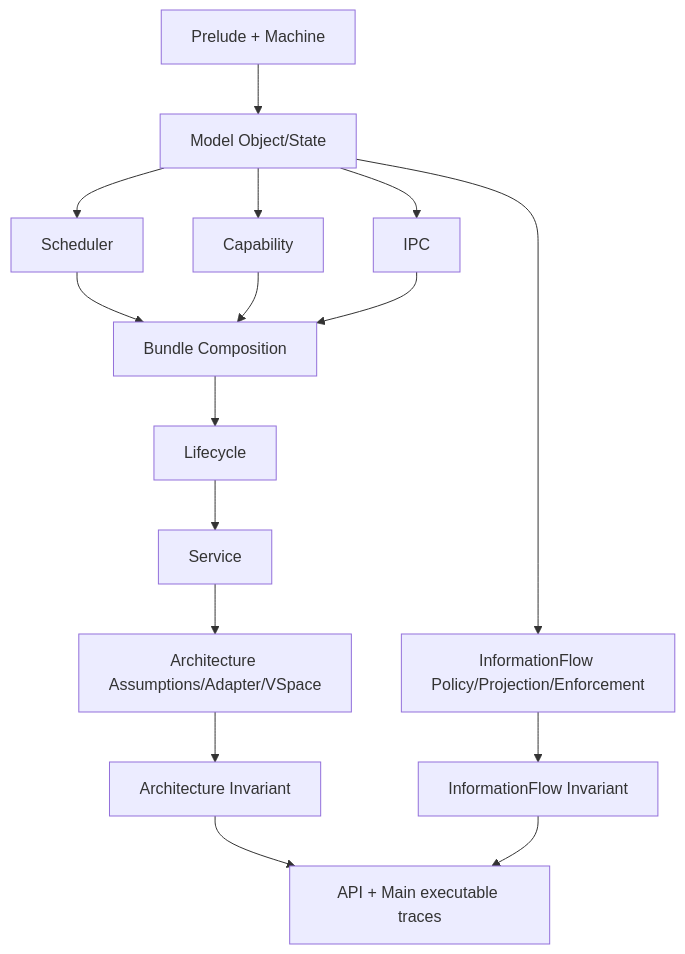
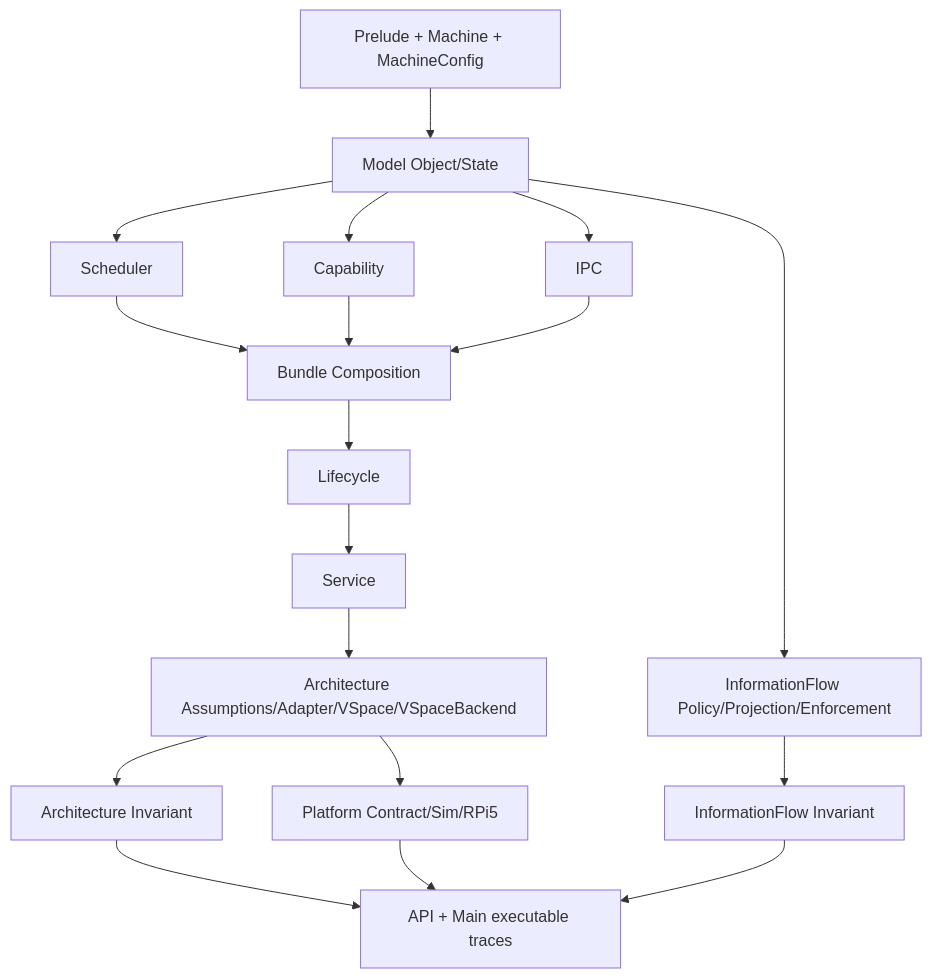
Before and after one commit to hatter6822/seLe4n: the diagram in docs/gitbook/03-architecture-and-module-map.md, drawn with Mermaid. The commit also changed other lines of this file and 19 other files, not shown here.

First line of the commit message:
H3-prep: Platform binding architecture for hardware-specific implementation

````diff
--- a/docs/gitbook/03-architecture-and-module-map.md
+++ b/docs/gitbook/03-architecture-and-module-map.md
@@ -185,18 +210,20 @@
 ```mermaid
 graph TD
-  P[Prelude + Machine] --> M[Model Object/State]
+  P[Prelude + Machine + MachineConfig] --> M[Model Object/State]
   M --> S[Scheduler]
   M --> C[Capability]
   M --> I[IPC]
   S --> B[Bundle Composition]
   C --> B
   I --> B
   B --> L[Lifecycle]
   L --> V[Service]
-  V --> A[Architecture Assumptions/Adapter/VSpace]
+  V --> A[Architecture Assumptions/Adapter/VSpace/VSpaceBackend]
   M --> IF[InformationFlow Policy/Projection/Enforcement]
   IF --> IFI[InformationFlow Invariant]
   A --> AI[Architecture Invariant]
   AI --> X[API + Main executable traces]
   IFI --> X
+  A --> PL[Platform Contract/Sim/RPi5]
+  PL --> X
 ```
````
